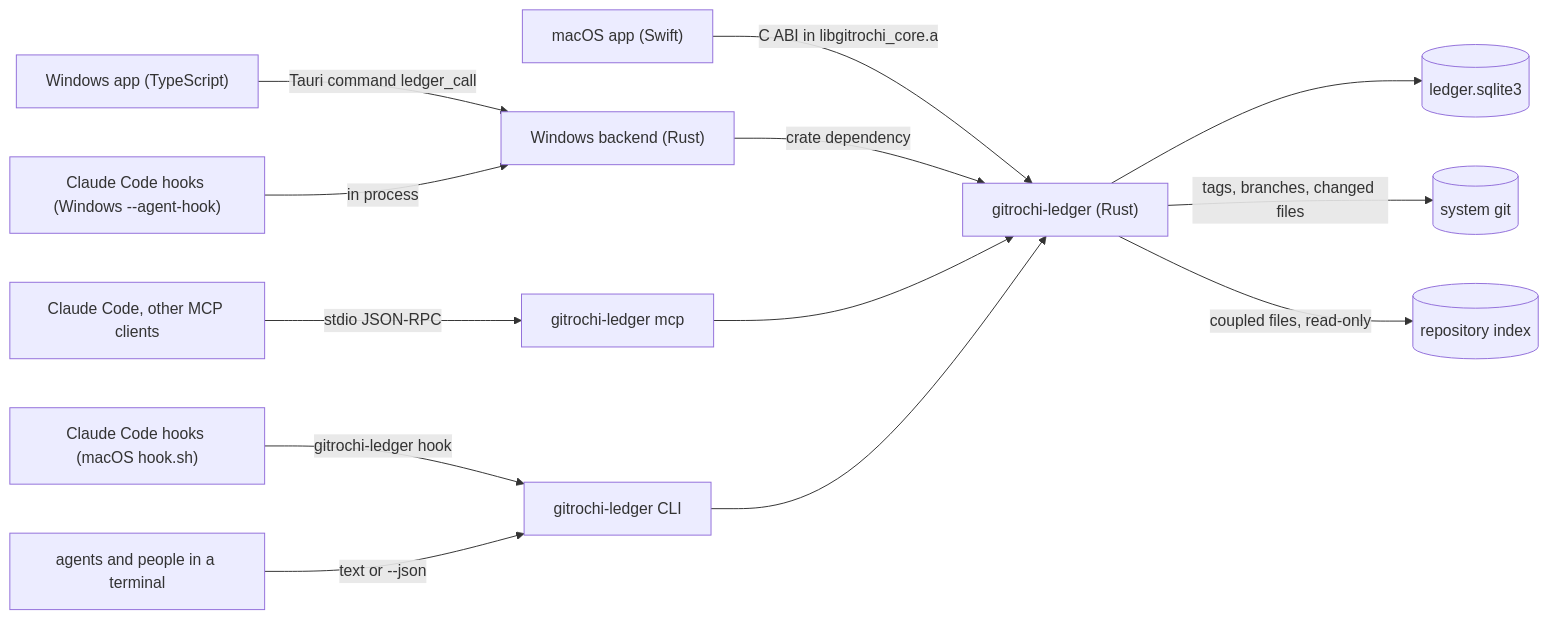
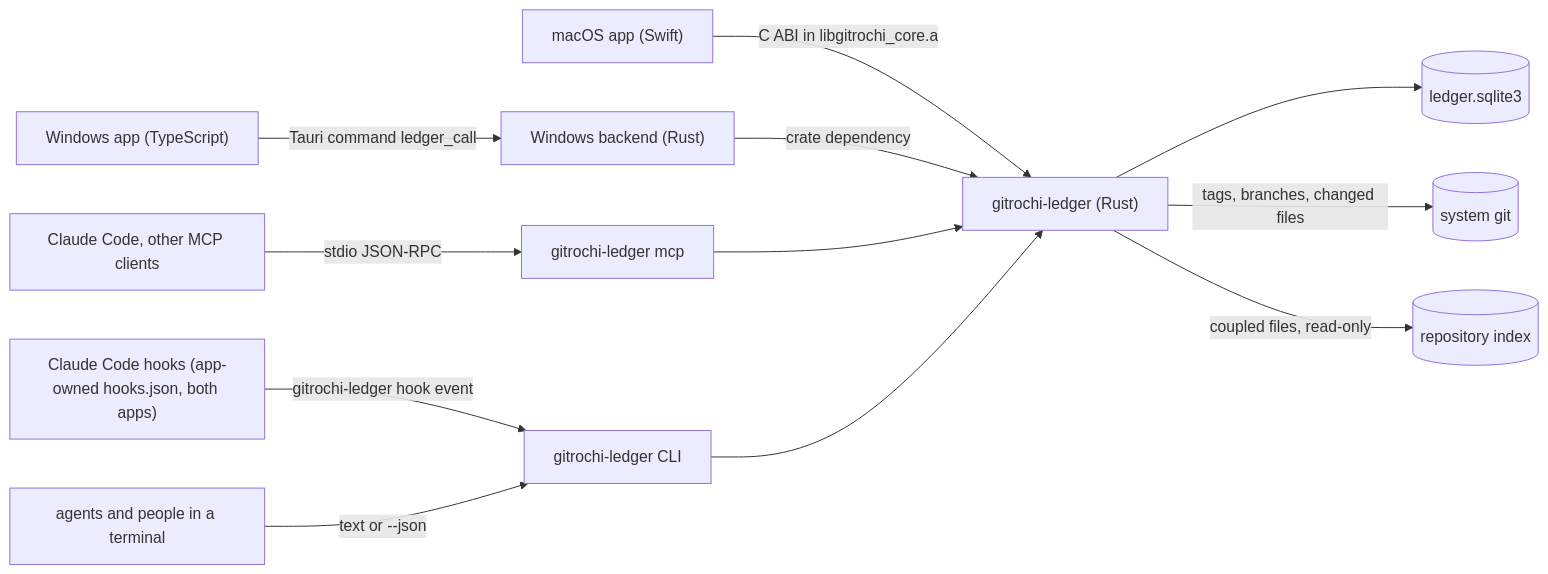
The diagram in docs/ledger/DESIGN.md (Gitrochi/Gitrochi), drawn with Mermaid before and after one commit. The commit also changed other lines of this file, not shown here.

First line of the commit message:
Agents: Add auto-continue and the language rule to the Ledger design

````diff
--- a/docs/ledger/DESIGN.md
+++ b/docs/ledger/DESIGN.md
@@ -67,19 +71,18 @@
 ```mermaid
 flowchart LR
     core["gitrochi-ledger (Rust)"]
     cli["gitrochi-ledger CLI"]
     mcp["gitrochi-ledger mcp"]
     tauri["Windows backend (Rust)"]
     mac["macOS app (Swift)"] -->|C ABI in libgitrochi_core.a| core
     win["Windows app (TypeScript)"] -->|Tauri command ledger_call| tauri
     tauri -->|crate dependency| core
-    hookm["Claude Code hooks (macOS hook.sh)"] -->|gitrochi-ledger hook| cli
-    hookw["Claude Code hooks (Windows --agent-hook)"] -->|in process| tauri
+    hooks["Claude Code hooks (app-owned hooks.json, both apps)"] -->|gitrochi-ledger hook event| cli
     agent["Claude Code, other MCP clients"] -->|stdio JSON-RPC| mcp
     shell["agents and people in a terminal"] -->|text or --json| cli
     mcp --> core
     cli --> core
     core --> db[("ledger.sqlite3")]
     core -->|tags, branches, changed files| git[("system git")]
     core -->|coupled files, read-only| index[("repository index")]
 ```
````
